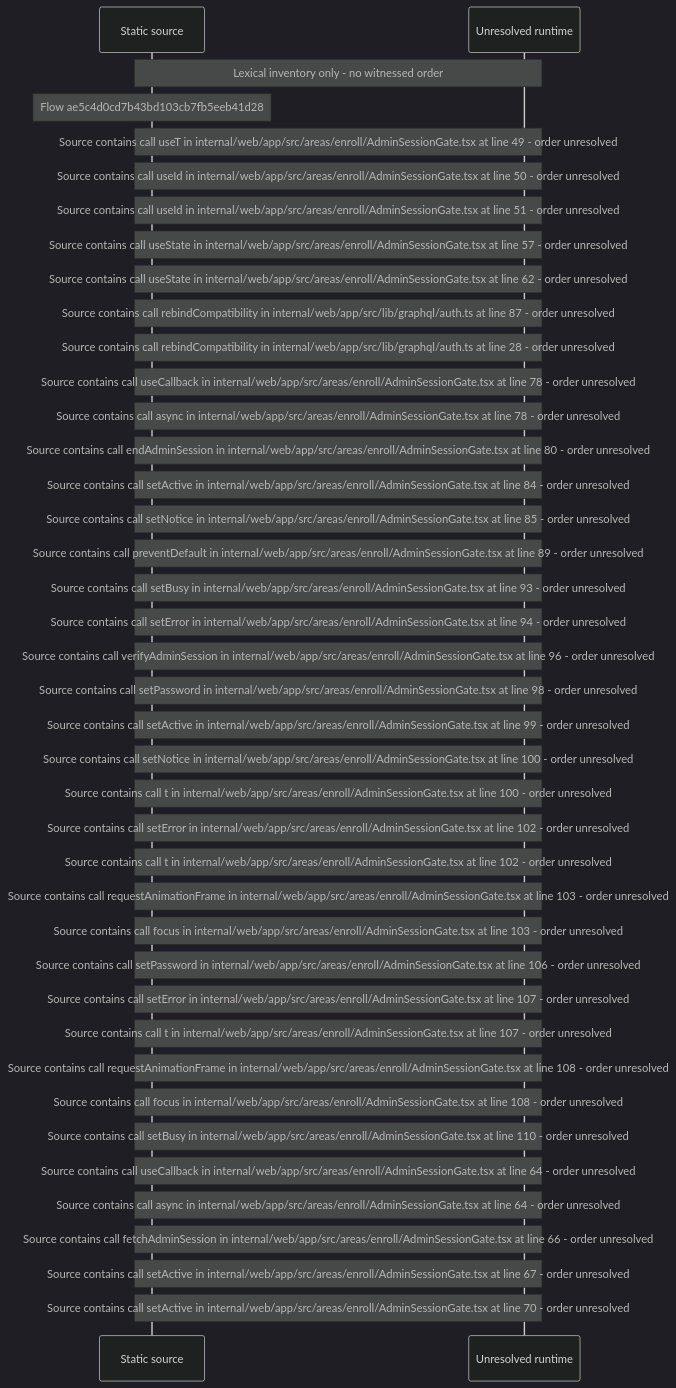
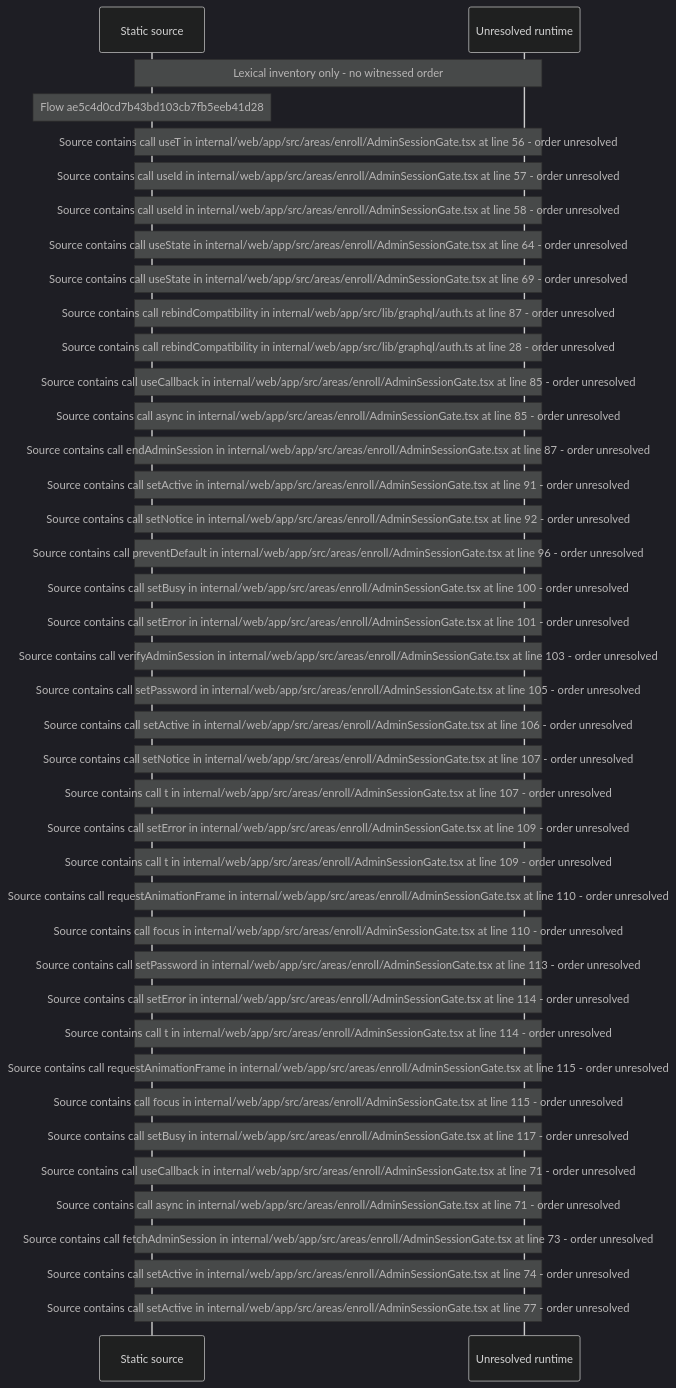
Before and after one commit to beamfall/core: the diagram in docs/web/flows/generated/ae5c4d0cd7b43bd103cb7fb5eeb41d28/flow-diagram.md, drawn with Mermaid (dark theme). The commit also changed other lines of this file and 715 other files, not shown here.

Commit message:
Regenerate the web flow record on the landing stack head (CORE-1762)

````diff
--- a/docs/web/flows/generated/ae5c4d0cd7b43bd103cb7fb5eeb41d28/flow-diagram.md
+++ b/docs/web/flows/generated/ae5c4d0cd7b43bd103cb7fb5eeb41d28/flow-diagram.md
@@ -10,42 +10,42 @@
 ```mermaid
 sequenceDiagram
     participant S as Static source
     participant U as Unresolved runtime
     Note over S,U: Lexical inventory only - no witnessed order
     Note over S: Flow ae5c4d0cd7b43bd103cb7fb5eeb41d28
-    Note over S,U: Source contains call useT in internal/web/app/src/areas/enroll/AdminSessionGate.tsx at line 49 - order unresolved
-    Note over S,U: Source contains call useId in internal/web/app/src/areas/enroll/AdminSessionGate.tsx at line 50 - order unresolved
-    Note over S,U: Source contains call useId in internal/web/app/src/areas/enroll/AdminSessionGate.tsx at line 51 - order unresolved
-    Note over S,U: Source contains call useState in internal/web/app/src/areas/enroll/AdminSessionGate.tsx at line 57 - order unresolved
-    Note over S,U: Source contains call useState in internal/web/app/src/areas/enroll/AdminSessionGate.tsx at line 62 - order unresolved
+    Note over S,U: Source contains call useT in internal/web/app/src/areas/enroll/AdminSessionGate.tsx at line 56 - order unresolved
+    Note over S,U: Source contains call useId in internal/web/app/src/areas/enroll/AdminSessionGate.tsx at line 57 - order unresolved
+    Note over S,U: Source contains call useId in internal/web/app/src/areas/enroll/AdminSessionGate.tsx at line 58 - order unresolved
+    Note over S,U: Source contains call useState in internal/web/app/src/areas/enroll/AdminSessionGate.tsx at line 64 - order unresolved
+    Note over S,U: Source contains call useState in internal/web/app/src/areas/enroll/AdminSessionGate.tsx at line 69 - order unresolved
     Note over S,U: Source contains call rebindCompatibility in internal/web/app/src/lib/graphql/auth.ts at line 87 - order unresolved
     Note over S,U: Source contains call rebindCompatibility in internal/web/app/src/lib/graphql/auth.ts at line 28 - order unresolved
-    Note over S,U: Source contains call useCallback in internal/web/app/src/areas/enroll/AdminSessionGate.tsx at line 78 - order unresolved
-    Note over S,U: Source contains call async in internal/web/app/src/areas/enroll/AdminSessionGate.tsx at line 78 - order unresolved
-    Note over S,U: Source contains call endAdminSession in internal/web/app/src/areas/enroll/AdminSessionGate.tsx at line 80 - order unresolved
-    Note over S,U: Source contains call setActive in internal/web/app/src/areas/enroll/AdminSessionGate.tsx at line 84 - order unresolved
-    Note over S,U: Source contains call setNotice in internal/web/app/src/areas/enroll/AdminSessionGate.tsx at line 85 - order unresolved
-    Note over S,U: Source contains call preventDefault in internal/web/app/src/areas/enroll/AdminSessionGate.tsx at line 89 - order unresolved
-    Note over S,U: Source contains call setBusy in internal/web/app/src/areas/enroll/AdminSessionGate.tsx at line 93 - order unresolved
-    Note over S,U: Source contains call setError in internal/web/app/src/areas/enroll/AdminSessionGate.tsx at line 94 - order unresolved
-    Note over S,U: Source contains call verifyAdminSession in internal/web/app/src/areas/enroll/AdminSessionGate.tsx at line 96 - order unresolved
-    Note over S,U: Source contains call setPassword in internal/web/app/src/areas/enroll/AdminSessionGate.tsx at line 98 - order unresolved
-    Note over S,U: Source contains call setActive in internal/web/app/src/areas/enroll/AdminSessionGate.tsx at line 99 - order unresolved
-    Note over S,U: Source contains call setNotice in internal/web/app/src/areas/enroll/AdminSessionGate.tsx at line 100 - order unresolved
-    Note over S,U: Source contains call t in internal/web/app/src/areas/enroll/AdminSessionGate.tsx at line 100 - order unresolved
-    Note over S,U: Source contains call setError in internal/web/app/src/areas/enroll/AdminSessionGate.tsx at line 102 - order unresolved
-    Note over S,U: Source contains call t in internal/web/app/src/areas/enroll/AdminSessionGate.tsx at line 102 - order unresolved
-    Note over S,U: Source contains call requestAnimationFrame in internal/web/app/src/areas/enroll/AdminSessionGate.tsx at line 103 - order unresolved
-    Note over S,U: Source contains call focus in internal/web/app/src/areas/enroll/AdminSessionGate.tsx at line 103 - order unresolved
-    Note over S,U: Source contains call setPassword in internal/web/app/src/areas/enroll/AdminSessionGate.tsx at line 106 - order unresolved
-    Note over S,U: Source contains call setError in internal/web/app/src/areas/enroll/AdminSessionGate.tsx at line 107 - order unresolved
+    Note over S,U: Source contains call useCallback in internal/web/app/src/areas/enroll/AdminSessionGate.tsx at line 85 - order unresolved
+    Note over S,U: Source contains call async in internal/web/app/src/areas/enroll/AdminSessionGate.tsx at line 85 - order unresolved
+    Note over S,U: Source contains call endAdminSession in internal/web/app/src/areas/enroll/AdminSessionGate.tsx at line 87 - order unresolved
+    Note over S,U: Source contains call setActive in internal/web/app/src/areas/enroll/AdminSessionGate.tsx at line 91 - order unresolved
+    Note over S,U: Source contains call setNotice in internal/web/app/src/areas/enroll/AdminSessionGate.tsx at line 92 - order unresolved
+    Note over S,U: Source contains call preventDefault in internal/web/app/src/areas/enroll/AdminSessionGate.tsx at line 96 - order unresolved
+    Note over S,U: Source contains call setBusy in internal/web/app/src/areas/enroll/AdminSessionGate.tsx at line 100 - order unresolved
+    Note over S,U: Source contains call setError in internal/web/app/src/areas/enroll/AdminSessionGate.tsx at line 101 - order unresolved
+    Note over S,U: Source contains call verifyAdminSession in internal/web/app/src/areas/enroll/AdminSessionGate.tsx at line 103 - order unresolved
+    Note over S,U: Source contains call setPassword in internal/web/app/src/areas/enroll/AdminSessionGate.tsx at line 105 - order unresolved
+    Note over S,U: Source contains call setActive in internal/web/app/src/areas/enroll/AdminSessionGate.tsx at line 106 - order unresolved
+    Note over S,U: Source contains call setNotice in internal/web/app/src/areas/enroll/AdminSessionGate.tsx at line 107 - order unresolved
     Note over S,U: Source contains call t in internal/web/app/src/areas/enroll/AdminSessionGate.tsx at line 107 - order unresolved
-    Note over S,U: Source contains call requestAnimationFrame in internal/web/app/src/areas/enroll/AdminSessionGate.tsx at line 108 - order unresolved
-    Note over S,U: Source contains call focus in internal/web/app/src/areas/enroll/AdminSessionGate.tsx at line 108 - order unresolved
-    Note over S,U: Source contains call setBusy in internal/web/app/src/areas/enroll/AdminSessionGate.tsx at line 110 - order unresolved
-    Note over S,U: Source contains call useCallback in internal/web/app/src/areas/enroll/AdminSessionGate.tsx at line 64 - order unresolved
-    Note over S,U: Source contains call async in internal/web/app/src/areas/enroll/AdminSessionGate.tsx at line 64 - order unresolved
-    Note over S,U: Source contains call fetchAdminSession in internal/web/app/src/areas/enroll/AdminSessionGate.tsx at line 66 - order unresolved
-    Note over S,U: Source contains call setActive in internal/web/app/src/areas/enroll/AdminSessionGate.tsx at line 67 - order unresolved
-    Note over S,U: Source contains call setActive in internal/web/app/src/areas/enroll/AdminSessionGate.tsx at line 70 - order unresolved
+    Note over S,U: Source contains call setError in internal/web/app/src/areas/enroll/AdminSessionGate.tsx at line 109 - order unresolved
+    Note over S,U: Source contains call t in internal/web/app/src/areas/enroll/AdminSessionGate.tsx at line 109 - order unresolved
+    Note over S,U: Source contains call requestAnimationFrame in internal/web/app/src/areas/enroll/AdminSessionGate.tsx at line 110 - order unresolved
+    Note over S,U: Source contains call focus in internal/web/app/src/areas/enroll/AdminSessionGate.tsx at line 110 - order unresolved
+    Note over S,U: Source contains call setPassword in internal/web/app/src/areas/enroll/AdminSessionGate.tsx at line 113 - order unresolved
+    Note over S,U: Source contains call setError in internal/web/app/src/areas/enroll/AdminSessionGate.tsx at line 114 - order unresolved
+    Note over S,U: Source contains call t in internal/web/app/src/areas/enroll/AdminSessionGate.tsx at line 114 - order unresolved
+    Note over S,U: Source contains call requestAnimationFrame in internal/web/app/src/areas/enroll/AdminSessionGate.tsx at line 115 - order unresolved
+    Note over S,U: Source contains call focus in internal/web/app/src/areas/enroll/AdminSessionGate.tsx at line 115 - order unresolved
+    Note over S,U: Source contains call setBusy in internal/web/app/src/areas/enroll/AdminSessionGate.tsx at line 117 - order unresolved
+    Note over S,U: Source contains call useCallback in internal/web/app/src/areas/enroll/AdminSessionGate.tsx at line 71 - order unresolved
+    Note over S,U: Source contains call async in internal/web/app/src/areas/enroll/AdminSessionGate.tsx at line 71 - order unresolved
+    Note over S,U: Source contains call fetchAdminSession in internal/web/app/src/areas/enroll/AdminSessionGate.tsx at line 73 - order unresolved
+    Note over S,U: Source contains call setActive in internal/web/app/src/areas/enroll/AdminSessionGate.tsx at line 74 - order unresolved
+    Note over S,U: Source contains call setActive in internal/web/app/src/areas/enroll/AdminSessionGate.tsx at line 77 - order unresolved
 ```
````
